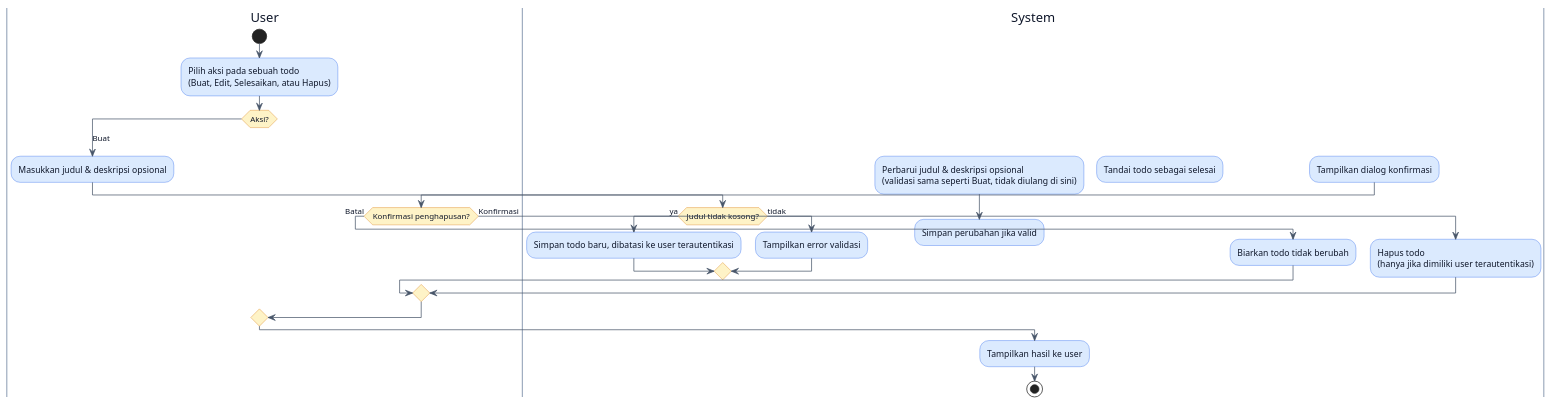
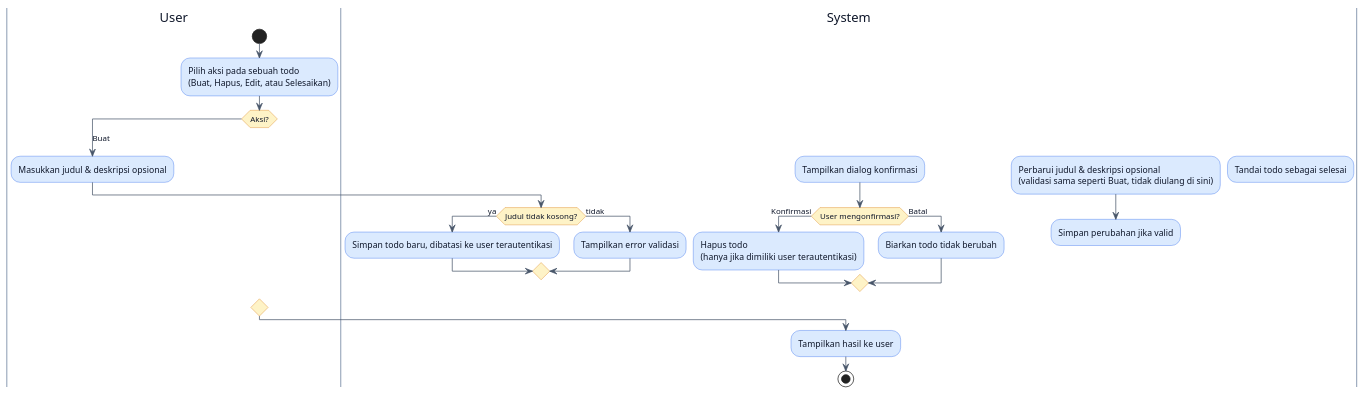
One commit to se-polinema/se-polinema.github.io changed the tenth of 14 diagrams in src/content/blog/skripsi-series-part-4-analisis-dan-perancangan.md. Above: the diagram before and after it, drawn with PlantUML. The commit also changed other lines of this file and 2 other files, not shown here.

Commit message:
Fix line/box overlap in Manage Todos activity diagram
The Delete branch's confirmation decision lived alone in the User
swimlane while its outcomes lived in System, forcing the connector to
cross the full diagram width through unrelated boxes. Move the whole
Delete branch into the System lane so the decision sits directly above
its own outcomes, and reorder the switch to put Delete next to Create.

````diff
--- a/src/content/blog/skripsi-series-part-4-analisis-dan-perancangan.md
+++ b/src/content/blog/skripsi-series-part-4-analisis-dan-perancangan.md
@@ -673,56 +670,53 @@
 ```plantuml
 @startuml
 skinparam backgroundColor #FFFFFF
 skinparam swimlane {
   BorderColor #94a3b8
   TitleFontColor #0f172a
 }
 skinparam activity {
   BackgroundColor #dbeafe
   BorderColor #2563eb
   FontColor #0f172a
   DiamondBackgroundColor #fef3c7
   DiamondBorderColor #d97706
 }
 skinparam arrow {
   Color #475569
   FontColor #0f172a
 }
 
 |User|
 start
-:Pilih aksi pada sebuah todo\n(Buat, Edit, Selesaikan, atau Hapus);
+:Pilih aksi pada sebuah todo\n(Buat, Hapus, Edit, atau Selesaikan);
 
 switch (Aksi?)
 case (Buat)
   :Masukkan judul & deskripsi opsional;
   |System|
   if (Judul tidak kosong?) then (ya)
     :Simpan todo baru, dibatasi ke user terautentikasi;
   else (tidak)
     :Tampilkan error validasi;
   endif
+case (Hapus)
+  |System|
+  :Tampilkan dialog konfirmasi;
+  if (User mengonfirmasi?) then (Konfirmasi)
+    :Hapus todo\n(hanya jika dimiliki user terautentikasi);
+  else (Batal)
+    :Biarkan todo tidak berubah;
+  endif
 case (Edit)
   :Perbarui judul & deskripsi opsional\n(validasi sama seperti Buat, tidak diulang di sini);
   |System|
   :Simpan perubahan jika valid;
 case (Selesaikan)
   |System|
   :Tandai todo sebagai selesai;
-case (Hapus)
-  |System|
-  :Tampilkan dialog konfirmasi;
-  |User|
-  if (Konfirmasi penghapusan?) then (Batal)
-    |System|
-    :Biarkan todo tidak berubah;
-  else (Konfirmasi)
-    |System|
-    :Hapus todo\n(hanya jika dimiliki user terautentikasi);
-  endif
 endswitch
 
 :Tampilkan hasil ke user;
 stop
 @enduml
 ```
````
